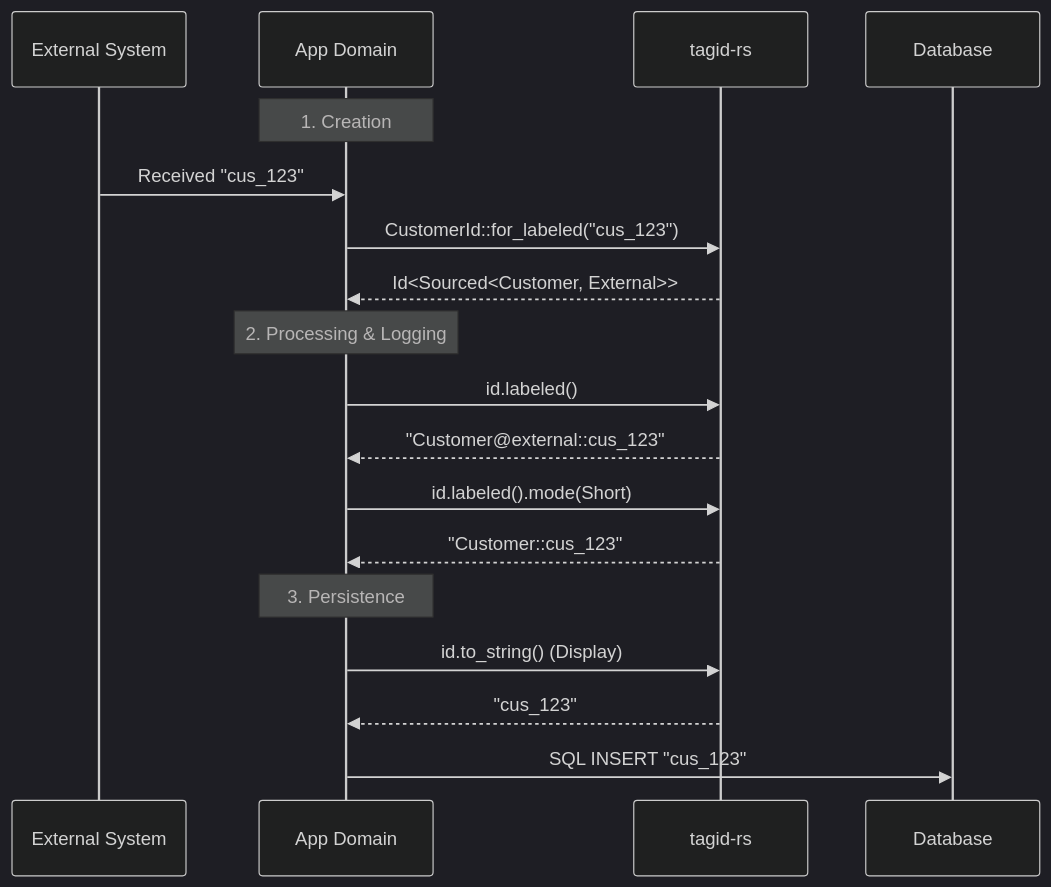
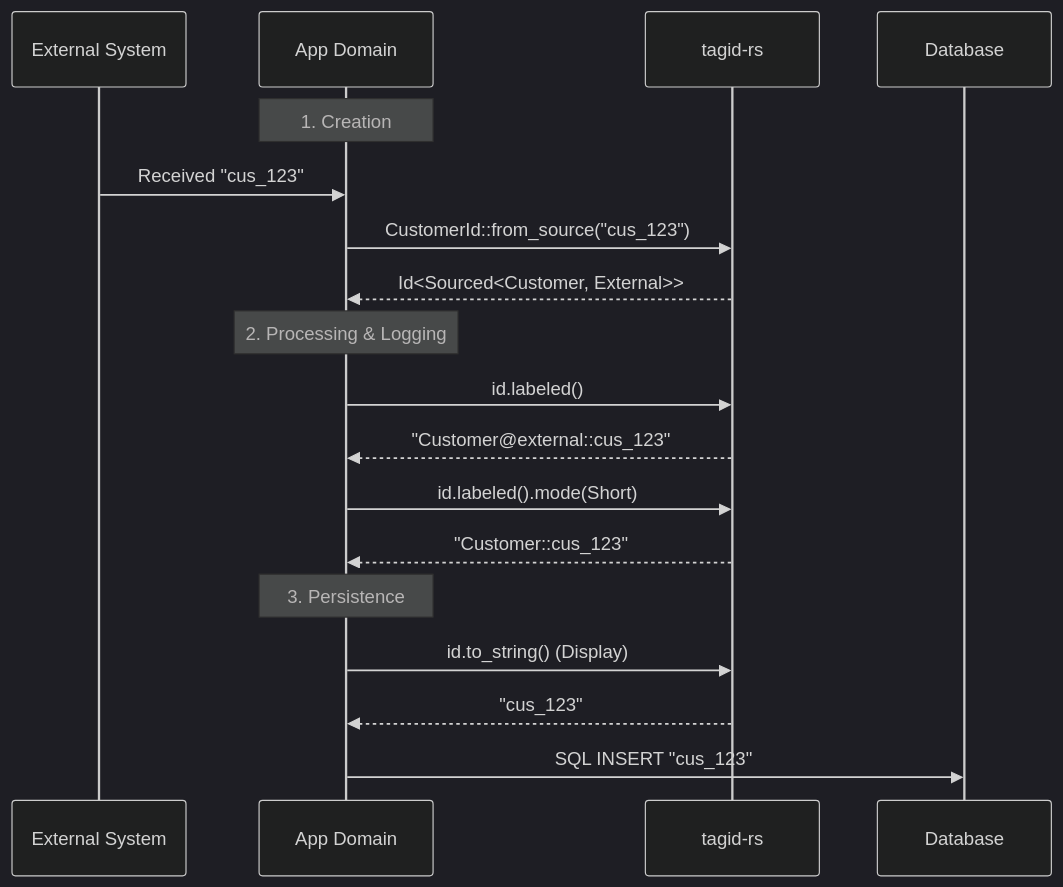
The second of 3 diagrams in ref/tagid-redesign.md (dmrolfs/tagid-rs), drawn with Mermaid (dark theme) before and after one commit. The commit also changed other lines of this file and 18 other files, not shown here.

````diff
--- a/ref/tagid-redesign.md
+++ b/ref/tagid-redesign.md
@@ -125,23 +125,23 @@
 ```mermaid
 sequenceDiagram
     participant Ext as External System
     participant App as App Domain
     participant Tag as tagid-rs
     participant DB as Database
 
     note over App: 1. Creation
     Ext ->> App: Received "cus_123"
-    App ->> Tag: CustomerId::for_labeled("cus_123")
+    App ->> Tag: CustomerId::from_source("cus_123")
     Tag -->> App: Id<Sourced<Customer, External>>
 
     note over App: 2. Processing & Logging
     App ->> Tag: id.labeled()
     Tag -->> App: "Customer@external::cus_123"
     App ->> Tag: id.labeled().mode(Short)
     Tag -->> App: "Customer::cus_123"
 
     note over App: 3. Persistence
     App ->> Tag: id.to_string() (Display)
     Tag -->> App: "cus_123"
     App ->> DB: SQL INSERT "cus_123"
 ```
````
